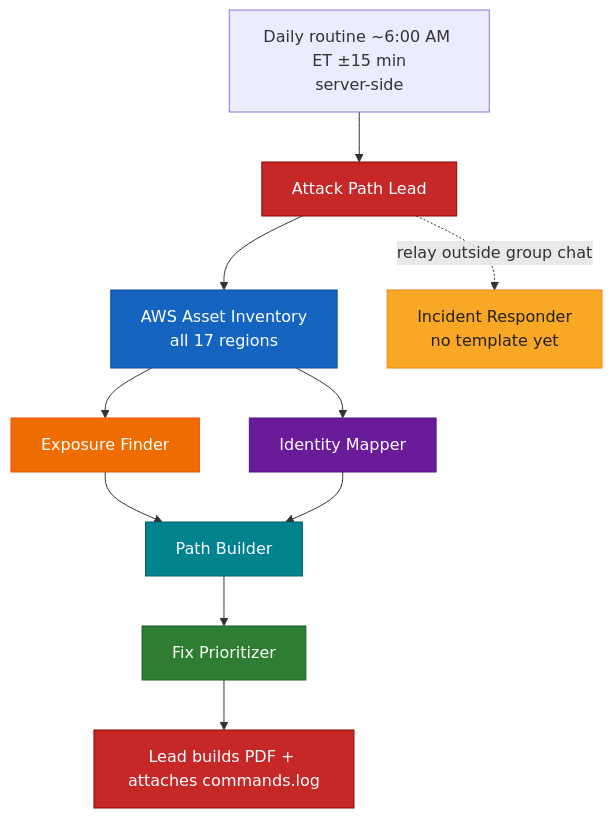
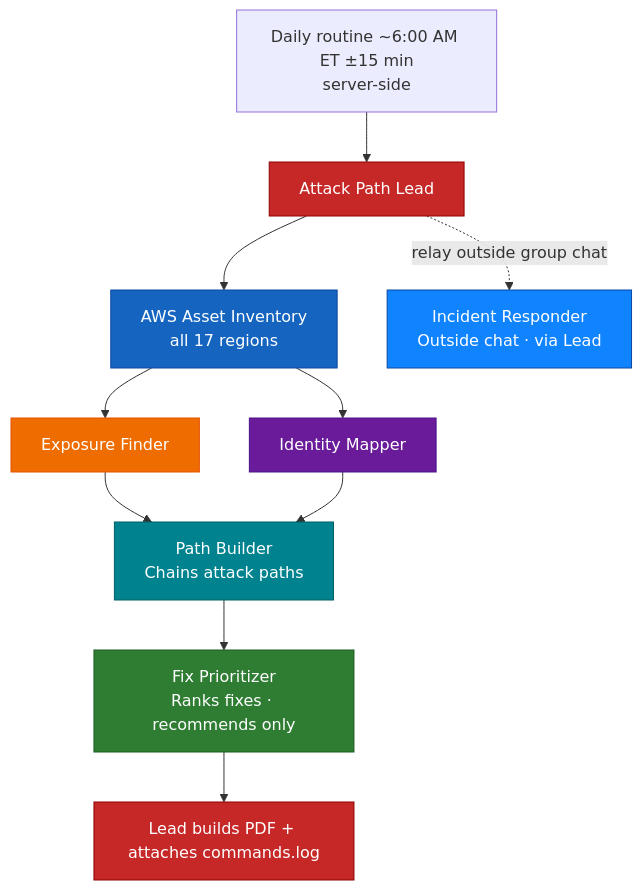
The diagram in docs/architecture.mmd (ritvikindupuri/grok-bot-aws-attack-path-team), drawn with Mermaid before and after one commit. The commit also changed 1 other file, not shown here.

Commit message:
README: match final architecture diagram (icons, subtitles, AWS panels, IR blue cloud)

```diff
--- a/docs/architecture.mmd
+++ b/docs/architecture.mmd
@@ -1,25 +1,25 @@
 flowchart TD
   R["Daily routine ~6:00 AM ET ±15 min<br/>server-side"] --> L["Attack Path Lead"]
   L --> I["AWS Asset Inventory<br/>all 17 regions"]
   I --> E["Exposure Finder"]
   I --> M["Identity Mapper"]
-  E --> P["Path Builder"]
+  E --> P["Path Builder<br/>Chains attack paths"]
   M --> P
-  P --> F["Fix Prioritizer"]
+  P --> F["Fix Prioritizer<br/>Ranks fixes · recommends only"]
   F --> PDF["Lead builds PDF + attaches commands.log"]
-  L -.->|relay outside group chat| IR["Incident Responder<br/>no template yet"]
+  L -.->|relay outside group chat| IR["Incident Responder<br/>Outside chat · via Lead"]
 
   classDef lead fill:#C62828,color:#fff,stroke:#8E0000
   classDef inv fill:#1565C0,color:#fff,stroke:#0D47A1
   classDef exp fill:#EF6C00,color:#fff,stroke:#E65100
   classDef idm fill:#6A1B9A,color:#fff,stroke:#4A148C
   classDef path fill:#00838F,color:#fff,stroke:#006064
   classDef fix fill:#2E7D32,color:#fff,stroke:#1B5E20
-  classDef ir fill:#F9A825,color:#212121,stroke:#F57F17
+  classDef ir fill:#1084FE,color:#fff,stroke:#0D47A1
   class L,PDF lead
   class I inv
   class E exp
   class M idm
   class P path
   class F fix
   class IR ir
```
